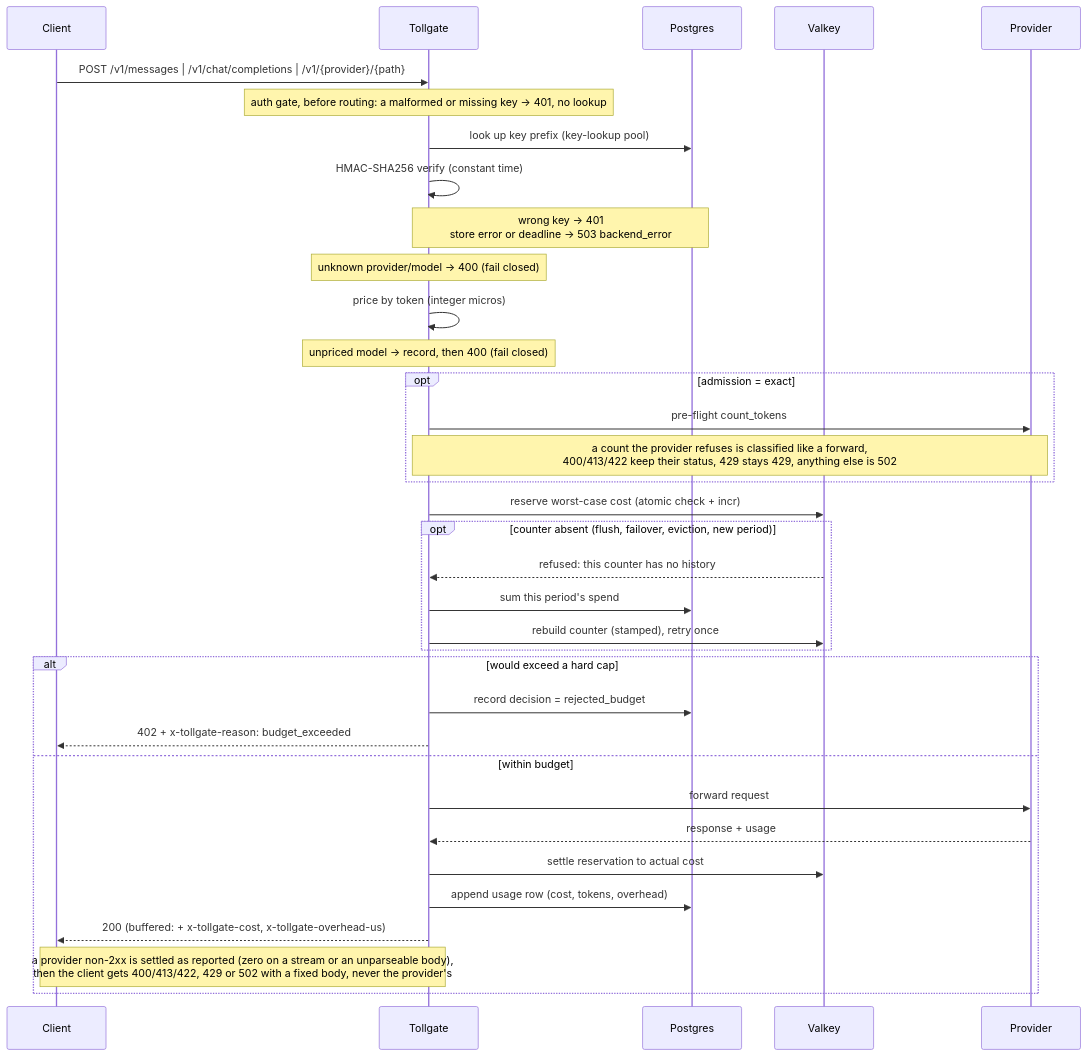
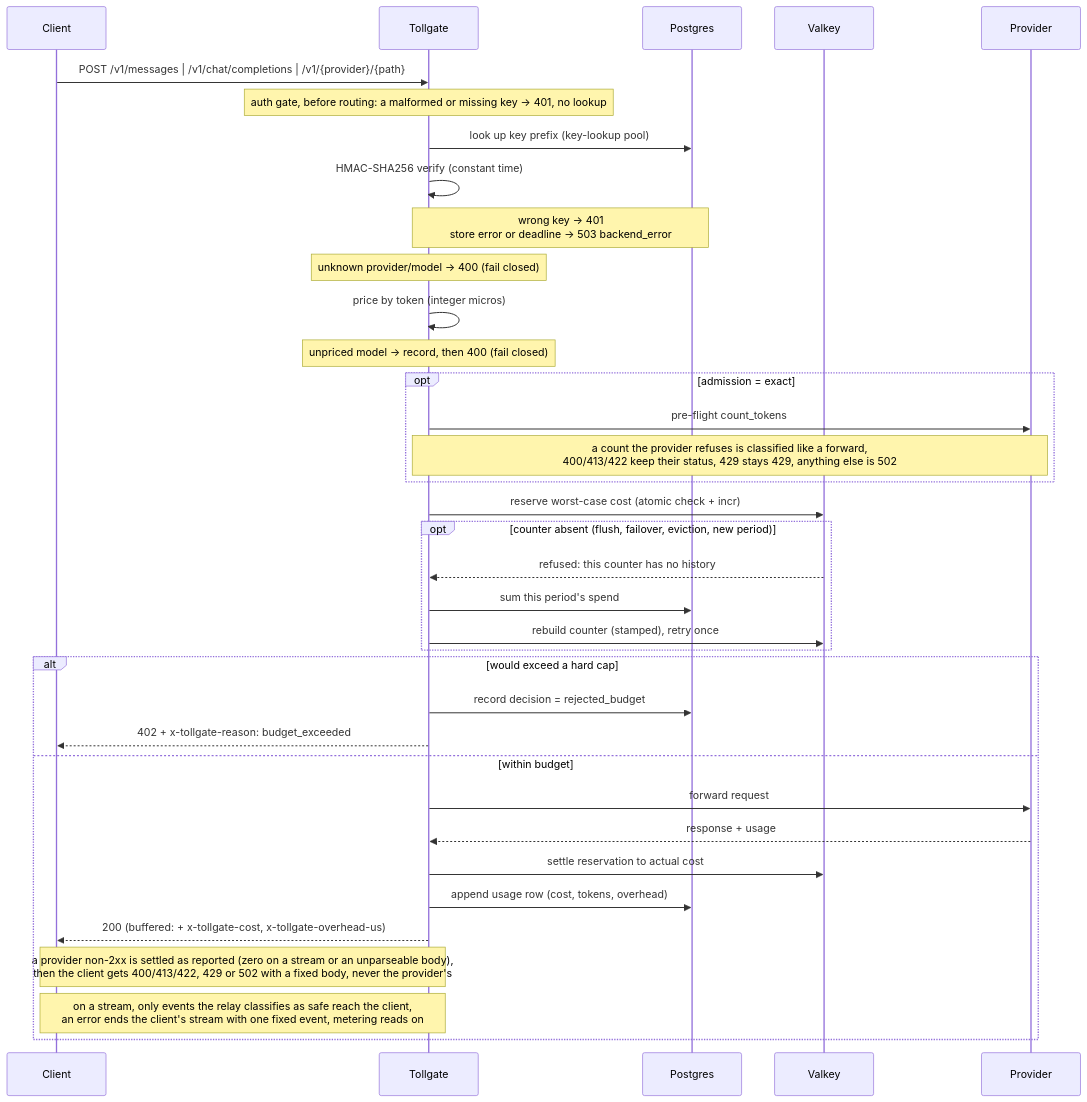
Before and after one commit to sakura-sky/tollgate: the second of 3 diagrams in docs/ARCHITECTURE.md, drawn with Mermaid. The commit also changed 11 other files, not shown here.

First line of the commit message:
Never forward a provider's error event inside a 200 stream; end the stream with one fixed error event

````diff
--- a/docs/ARCHITECTURE.md
+++ b/docs/ARCHITECTURE.md
@@ -52,37 +52,38 @@
 ```mermaid
 sequenceDiagram
   participant C as Client
   participant T as Tollgate
   participant DB as Postgres
   participant V as Valkey
   participant P as Provider
   C->>T: POST /v1/messages | /v1/chat/completions | /v1/{provider}/{path}
   Note over T: auth gate, before routing: a malformed or missing key -> 401, no lookup
   T->>DB: look up key prefix (key-lookup pool)
   T->>T: HMAC-SHA256 verify (constant time)
   Note over T,DB: wrong key -> 401<br/>store error or deadline -> 503 backend_error
   Note over T: unknown provider/model -> 400 (fail closed)
   T->>T: price by token (integer micros)
   Note over T: unpriced model -> record, then 400 (fail closed)
   opt admission = exact
     T->>P: pre-flight count_tokens
     Note over T,P: a count the provider refuses is classified like a forward,<br/>400/413/422 keep their status, 429 stays 429, anything else is 502
   end
   T->>V: reserve worst-case cost (atomic check + incr)
   opt counter absent (flush, failover, eviction, new period)
     V-->>T: refused: this counter has no history
     T->>DB: sum this period's spend
     T->>V: rebuild counter (stamped), retry once
   end
   alt would exceed a hard cap
     T->>DB: record decision = rejected_budget
     T-->>C: 402 + x-tollgate-reason: budget_exceeded
   else within budget
     T->>P: forward request
     P-->>T: response + usage
     T->>V: settle reservation to actual cost
     T->>DB: append usage row (cost, tokens, overhead)
     T-->>C: 200 (buffered: + x-tollgate-cost, x-tollgate-overhead-us)
     Note over T,C: a provider non-2xx is settled as reported (zero on a stream or an unparseable body),<br/>then the client gets 400/413/422, 429 or 502 with a fixed body, never the provider's
+    Note over T,C: on a stream, only events the relay classifies as safe reach the client,<br/>an error ends the client's stream with one fixed event, metering reads on
   end
 ```
````
